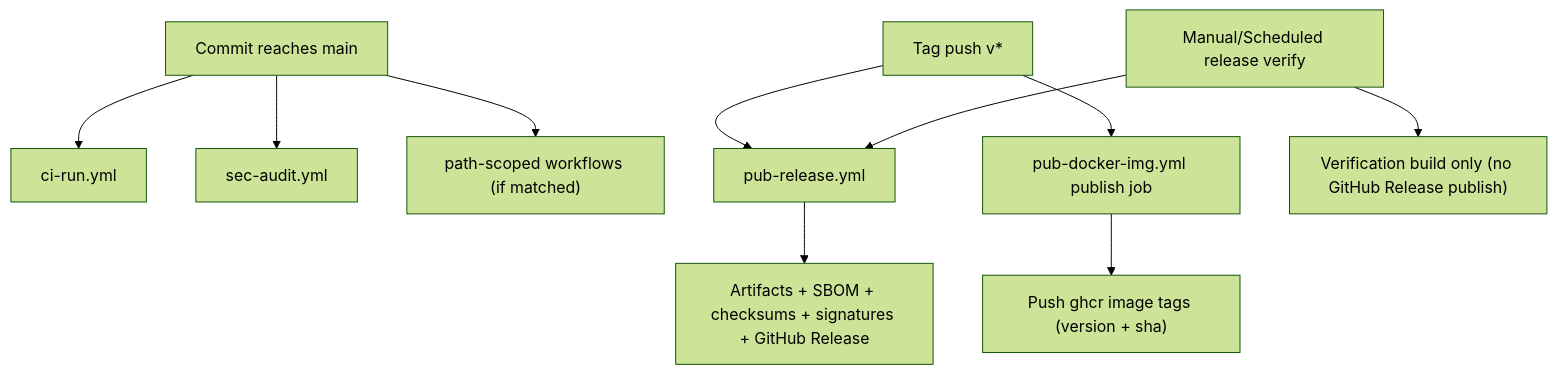
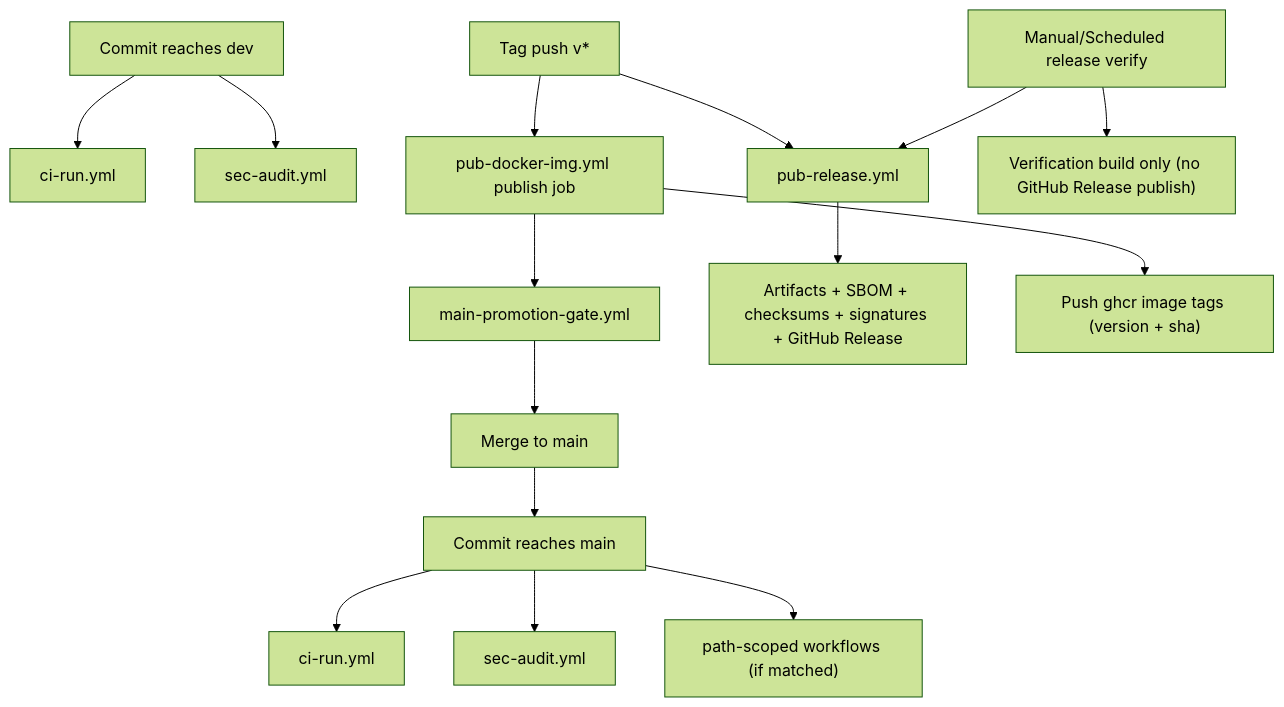
One commit to jameslcowan/zeroclaw changed the second of 2 diagrams in .github/workflows/main-branch-flow.md. Above: the diagram before and after it, drawn with Mermaid (forest theme). The commit also changed other lines of this file and 14 other files, not shown here.

Commit message:
ci(workflow): adopt dev->main promotion flow

````diff
--- a/.github/workflows/main-branch-flow.md
+++ b/.github/workflows/main-branch-flow.md
@@ -199,12 +207,17 @@
 ```mermaid
 flowchart TD
-  A["Commit reaches main"] --> B["ci-run.yml"]
+  D0["Commit reaches dev"] --> B0["ci-run.yml"]
+  D0 --> C0["sec-audit.yml"]
+  P["Promotion PR dev -> main"] --> PG["main-promotion-gate.yml"]
+  PG --> M["Merge to main"]
+  M --> A["Commit reaches main"]
+  A --> B["ci-run.yml"]
   A --> C["sec-audit.yml"]
   A --> D["path-scoped workflows (if matched)"]
   T["Tag push v*"] --> R["pub-release.yml"]
   W["Manual/Scheduled release verify"] --> R
   T --> P["pub-docker-img.yml publish job"]
   R --> R1["Artifacts + SBOM + checksums + signatures + GitHub Release"]
   W --> R2["Verification build only (no GitHub Release publish)"]
   P --> P1["Push ghcr image tags (version + sha)"]
 ```
````
